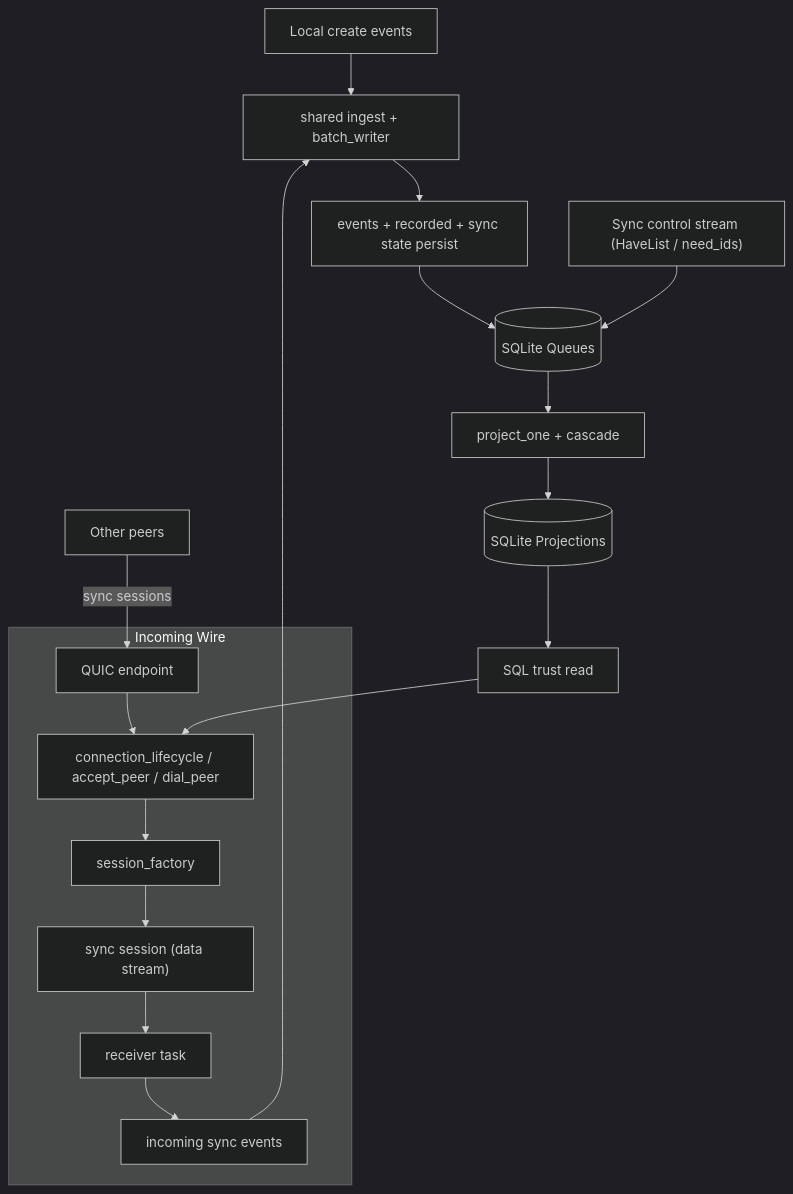
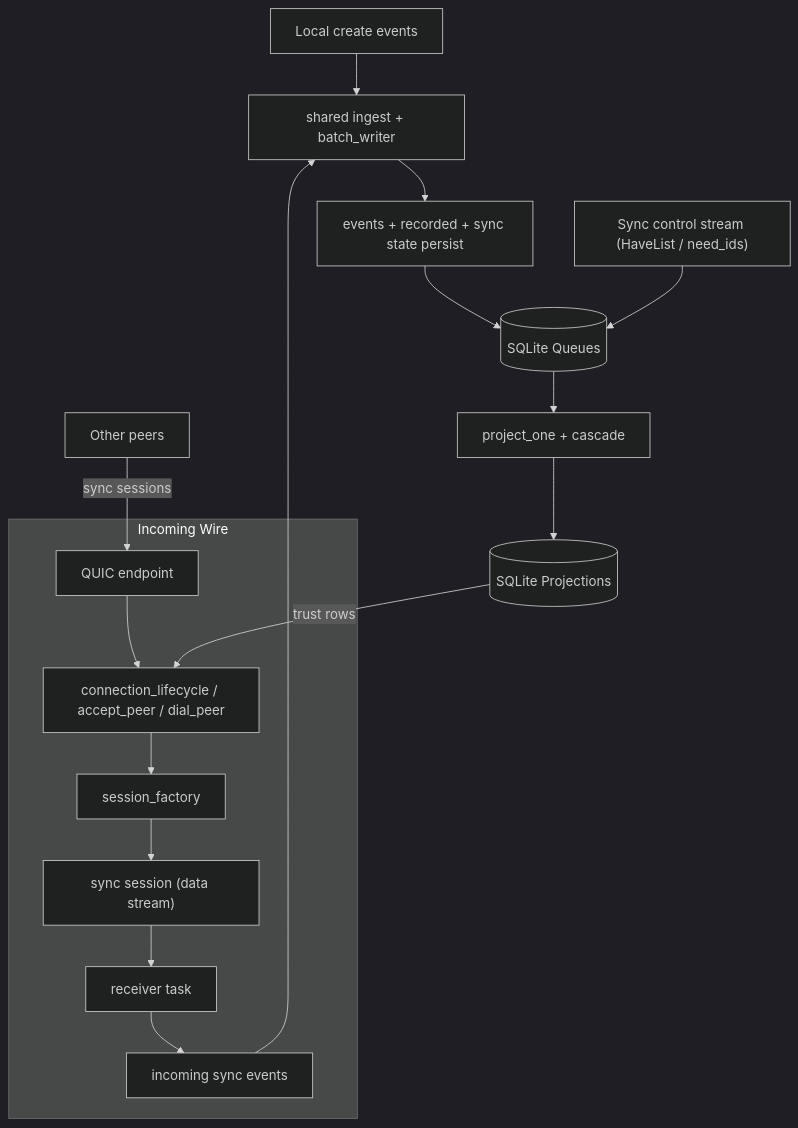
Before and after one commit to holmesworcester/topo: the second of 5 diagrams in docs/CURRENT_RUNTIME_DIAGRAM.md, drawn with Mermaid (dark theme). The commit also changed other lines of this file, not shown here.

Commit message:
Fold SQL trust reads into transport diagram boundary

````diff
--- a/docs/CURRENT_RUNTIME_DIAGRAM.md
+++ b/docs/CURRENT_RUNTIME_DIAGRAM.md
@@ -39,23 +39,22 @@
 ```mermaid
 flowchart TD
     LOCAL["Local create events"] --> INGEST["shared ingest + batch_writer"]
     OTHERS["Other peers"] -->|"sync sessions"| EP
 
     subgraph NET["Incoming Wire"]
       EP["QUIC endpoint"] --> LIFE["connection_lifecycle / accept_peer / dial_peer"]
       LIFE --> FACT["session_factory"]
       FACT --> SESS["sync session (data stream)"]
       SESS --> RECV["receiver task"]
       RECV --> INCOMING["incoming sync events"]
     end
 
     INCOMING --> INGEST
     INGEST --> STORE["events + recorded + sync state persist"]
     STORE --> QDB[("SQLite Queues")]
     QDB --> APPLY["project_one + cascade"]
     APPLY --> PDB[("SQLite Projections")]
 
     CTRL["Sync control stream (HaveList / need_ids)"] --> QDB
-    PDB --> TRUST["SQL trust read"]
-    TRUST --> LIFE
+    PDB -->|trust rows| LIFE
 ```
````
